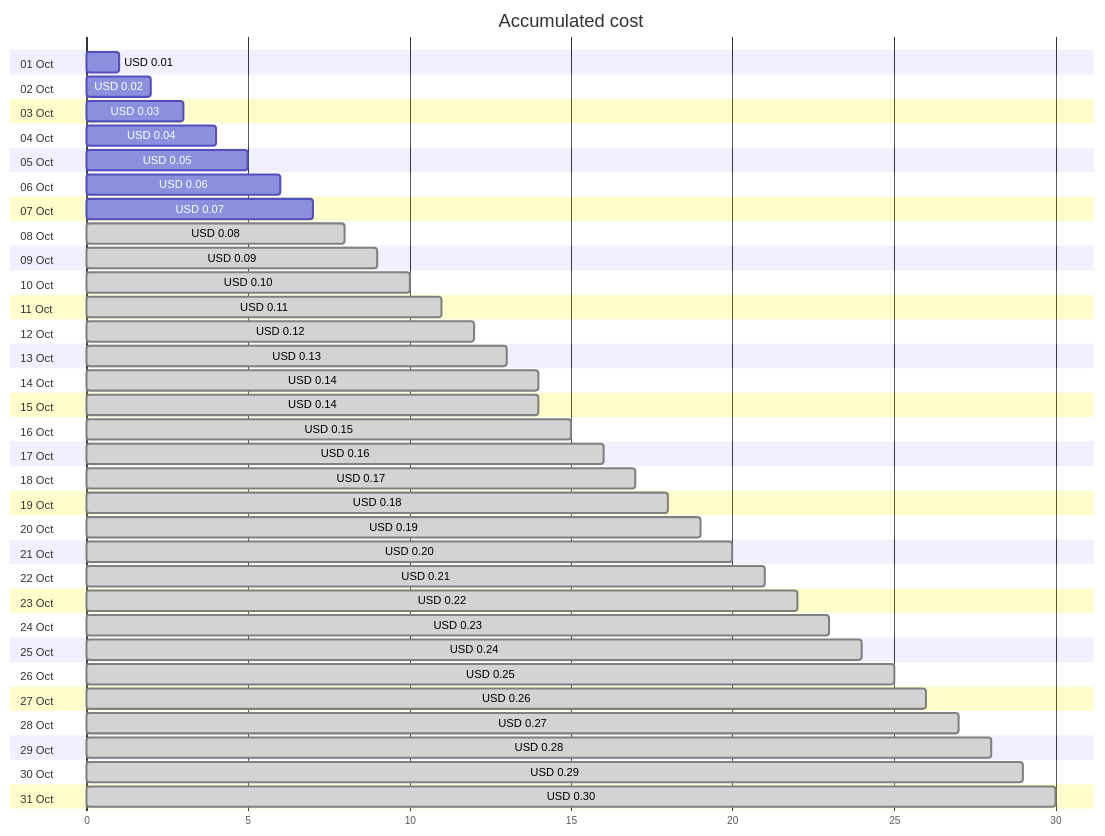
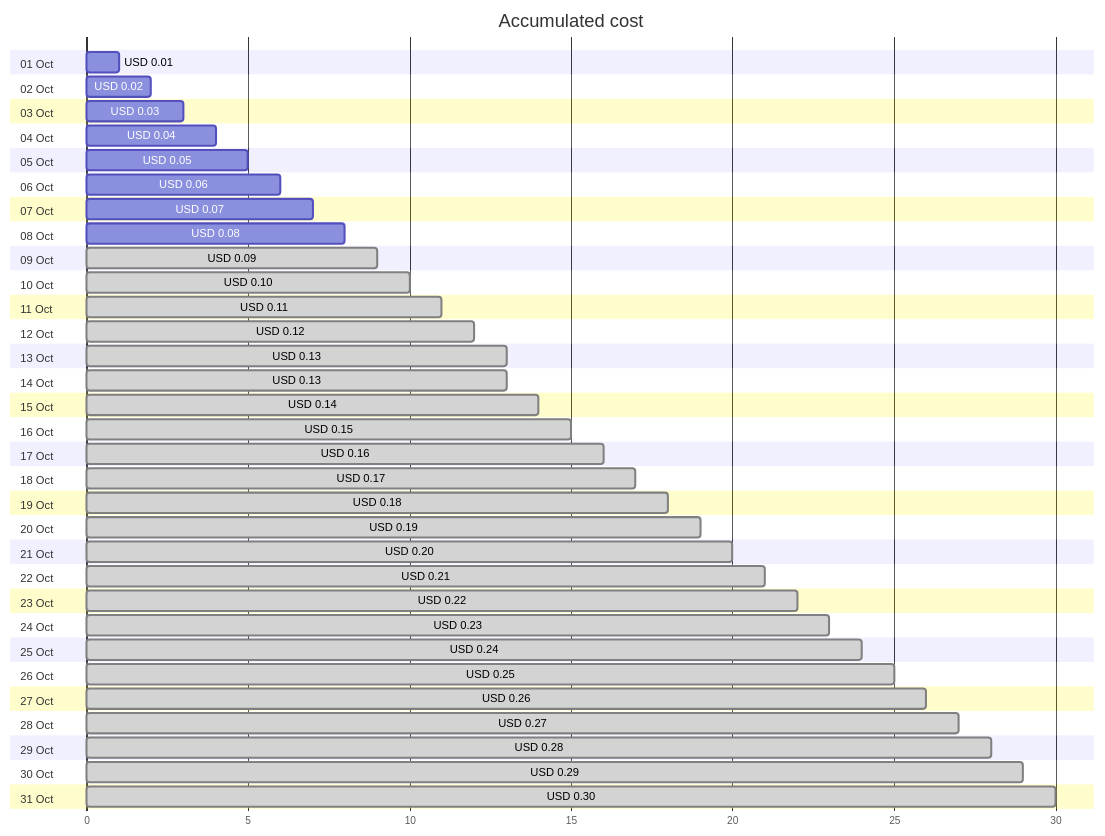
The first of 4 diagrams in cost-reports/cloud-shell-storage-eastus/README.md (jpfulton/azure-personal-reports), drawn with Mermaid before and after one commit. The commit also changed other lines of this file and 1 other file, not shown here.

````diff
--- a/cost-reports/cloud-shell-storage-eastus/README.md
+++ b/cost-reports/cloud-shell-storage-eastus/README.md
@@ -20,68 +20,68 @@
 ```mermaid
 gantt
    title Accumulated cost
    dateFormat  X
    axisFormat %s
    section 01 Oct
    USD 0.01 :0, 1
    section 02 Oct
    USD 0.02 :0, 2
    section 03 Oct
    USD 0.03 :0, 3
    section 04 Oct
    USD 0.04 :0, 4
    section 05 Oct
    USD 0.05 :0, 5
    section 06 Oct
    USD 0.06 :0, 6
    section 07 Oct
    USD 0.07 :0, 7
    section 08 Oct
-   USD 0.08 : done, 0, 8
+   USD 0.08 :0, 8
    section 09 Oct
    USD 0.09 : done, 0, 9
    section 10 Oct
    USD 0.10 : done, 0, 10
    section 11 Oct
    USD 0.11 : done, 0, 11
    section 12 Oct
    USD 0.12 : done, 0, 12
    section 13 Oct
    USD 0.13 : done, 0, 13
    section 14 Oct
-   USD 0.14 : done, 0, 14
+   USD 0.13 : done, 0, 13
    section 15 Oct
    USD 0.14 : done, 0, 14
    section 16 Oct
    USD 0.15 : done, 0, 15
    section 17 Oct
    USD 0.16 : done, 0, 16
    section 18 Oct
    USD 0.17 : done, 0, 17
    section 19 Oct
    USD 0.18 : done, 0, 18
    section 20 Oct
    USD 0.19 : done, 0, 19
    section 21 Oct
    USD 0.20 : done, 0, 20
    section 22 Oct
    USD 0.21 : done, 0, 21
    section 23 Oct
    USD 0.22 : done, 0, 22
    section 24 Oct
    USD 0.23 : done, 0, 23
    section 25 Oct
    USD 0.24 : done, 0, 24
    section 26 Oct
    USD 0.25 : done, 0, 25
    section 27 Oct
    USD 0.26 : done, 0, 26
    section 28 Oct
    USD 0.27 : done, 0, 27
    section 29 Oct
    USD 0.28 : done, 0, 28
    section 30 Oct
    USD 0.29 : done, 0, 29
    section 31 Oct
    USD 0.30 : done, 0, 30
 ```
````
